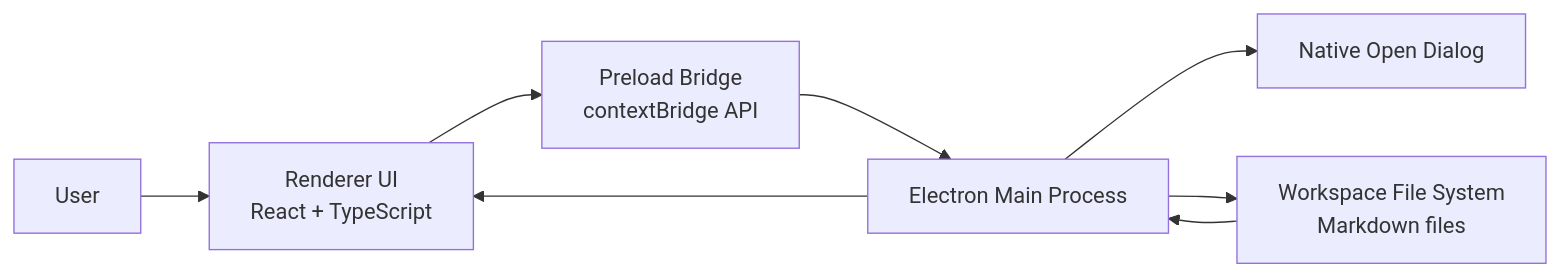
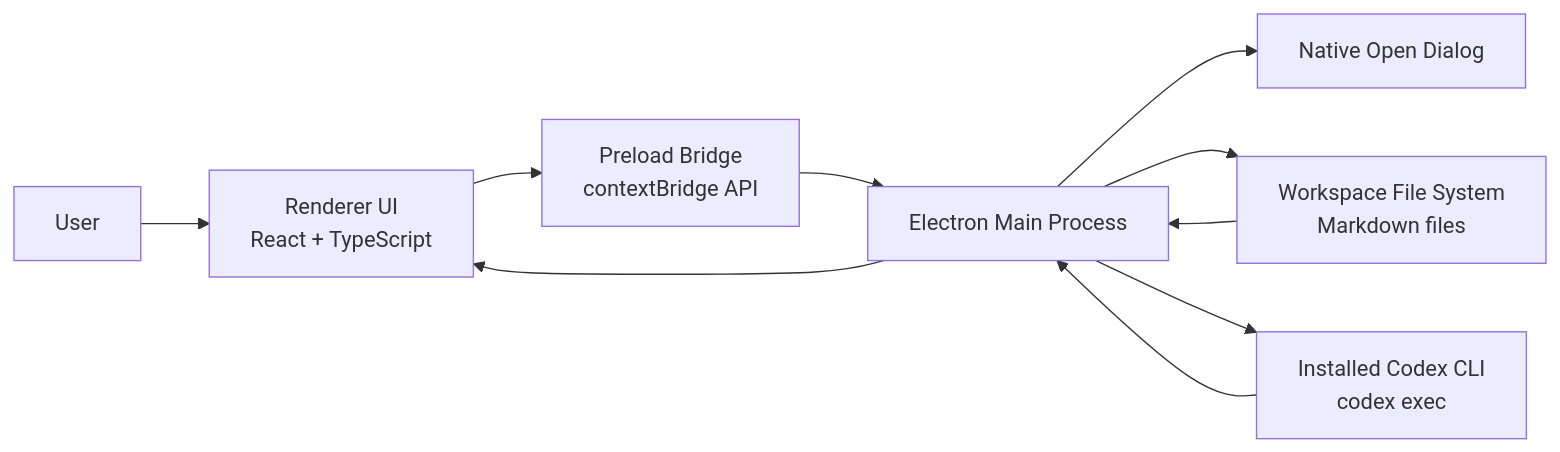
One commit to oliverkocsis/mohio changed the diagram in docs/architecture.md. Above: the diagram before and after it, drawn with Mermaid. The commit also changed other lines of this file and 16 other files, not shown here.

````diff
--- a/docs/architecture.md
+++ b/docs/architecture.md
@@ -16,10 +16,12 @@
 ```mermaid
 flowchart LR
   User["User"] --> Renderer["Renderer UI\nReact + TypeScript"]
   Renderer --> Preload["Preload Bridge\ncontextBridge API"]
   Preload --> Main["Electron Main Process"]
   Main --> Dialog["Native Open Dialog"]
   Main --> FS["Workspace File System\nMarkdown files"]
+  Main --> Codex["Installed Codex CLI\ncodex exec"]
   FS --> Main
+  Codex --> Main
   Main --> Renderer
 ```
````
